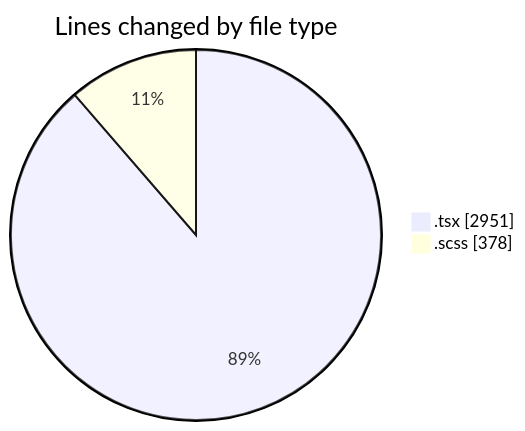
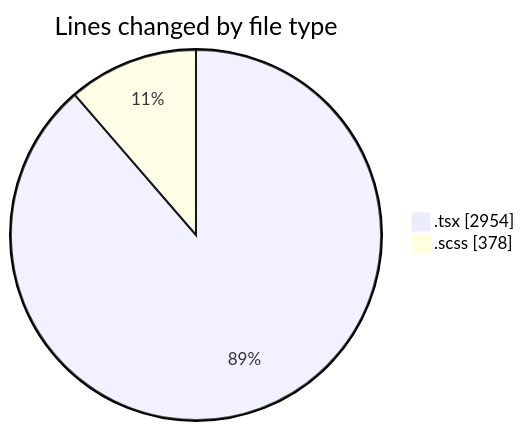
Before and after one commit to momahboobian/code-tracking: the first of 2 diagrams in 2025-09-30/cda/README.md, drawn with Mermaid. The commit also changed other lines of this file and 1 other file, not shown here.

````diff
--- a/2025-09-30/cda/README.md
+++ b/2025-09-30/cda/README.md
@@ -23,6 +23,6 @@
 ```mermaid
 pie showData
 title Lines changed by file type
-".tsx" : 2951
+".tsx" : 2954
 ".scss" : 378
 ```
````
